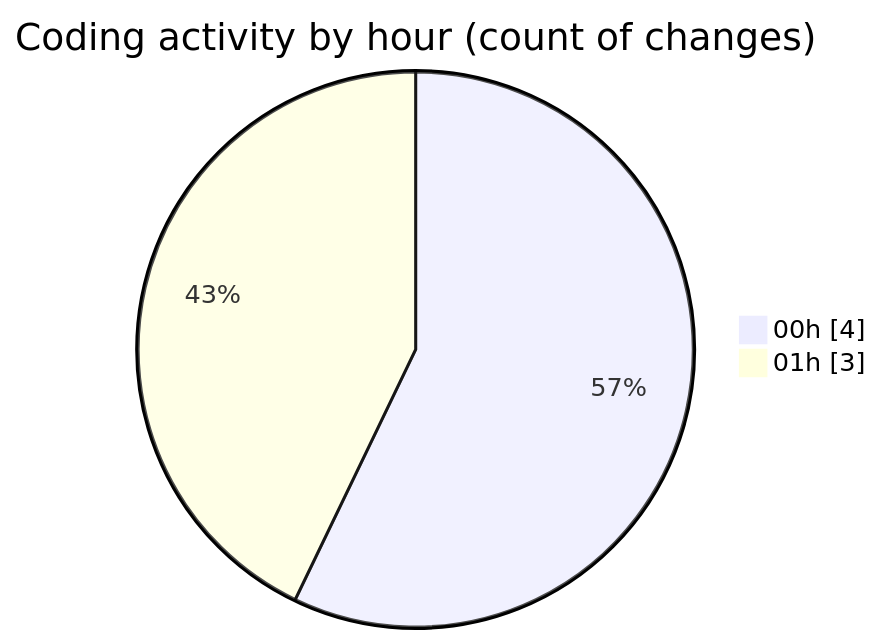
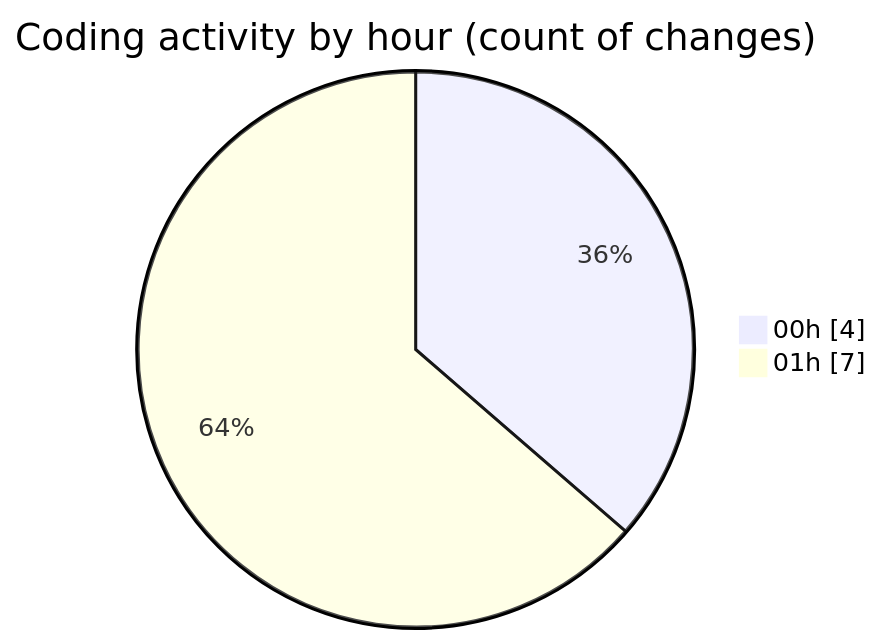
One commit to hasnaa123/code-tracking changed the second of 2 diagrams in 2026-02-26/python_ai/README.md. Above: the diagram before and after it, drawn with Mermaid. The commit also changed other lines of this file and 1 other file, not shown here.

````diff
--- a/2026-02-26/python_ai/README.md
+++ b/2026-02-26/python_ai/README.md
@@ -31,6 +31,6 @@
 ```mermaid
 pie showData
 title Coding activity by hour (count of changes)
 "00h" : 4
-"01h" : 3
+"01h" : 7
 ```
````
